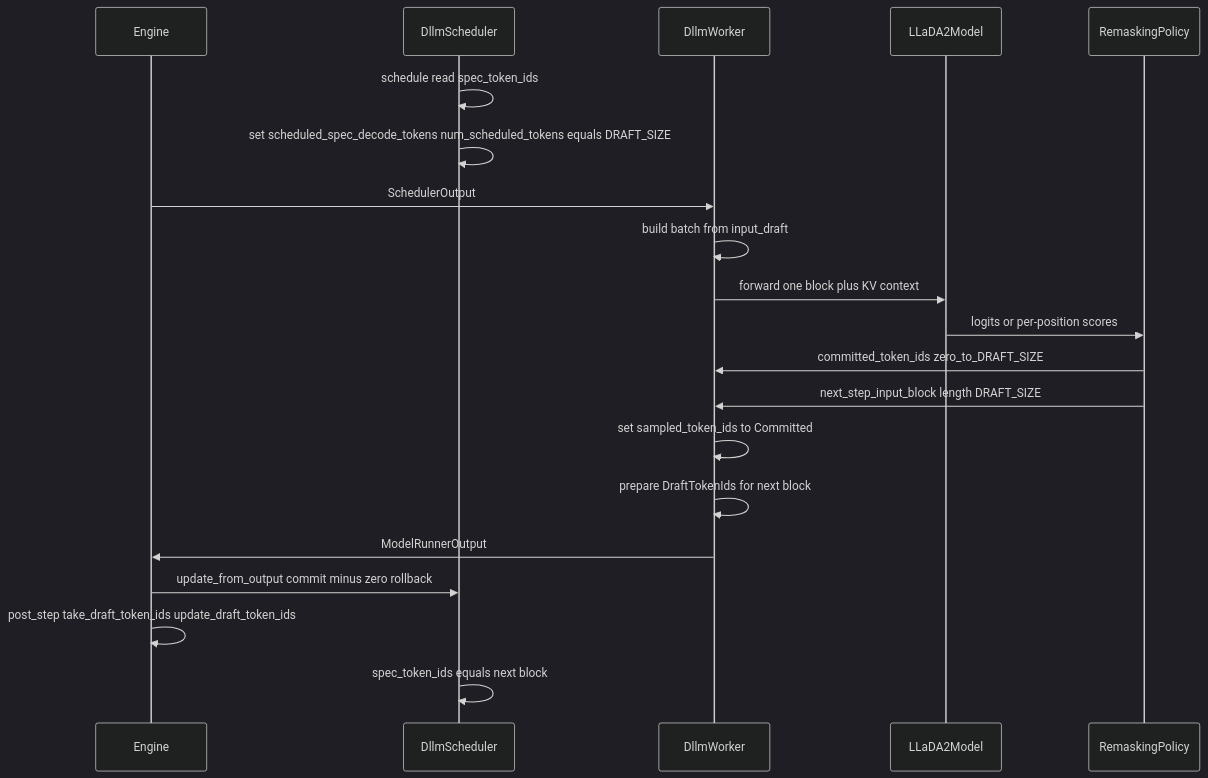
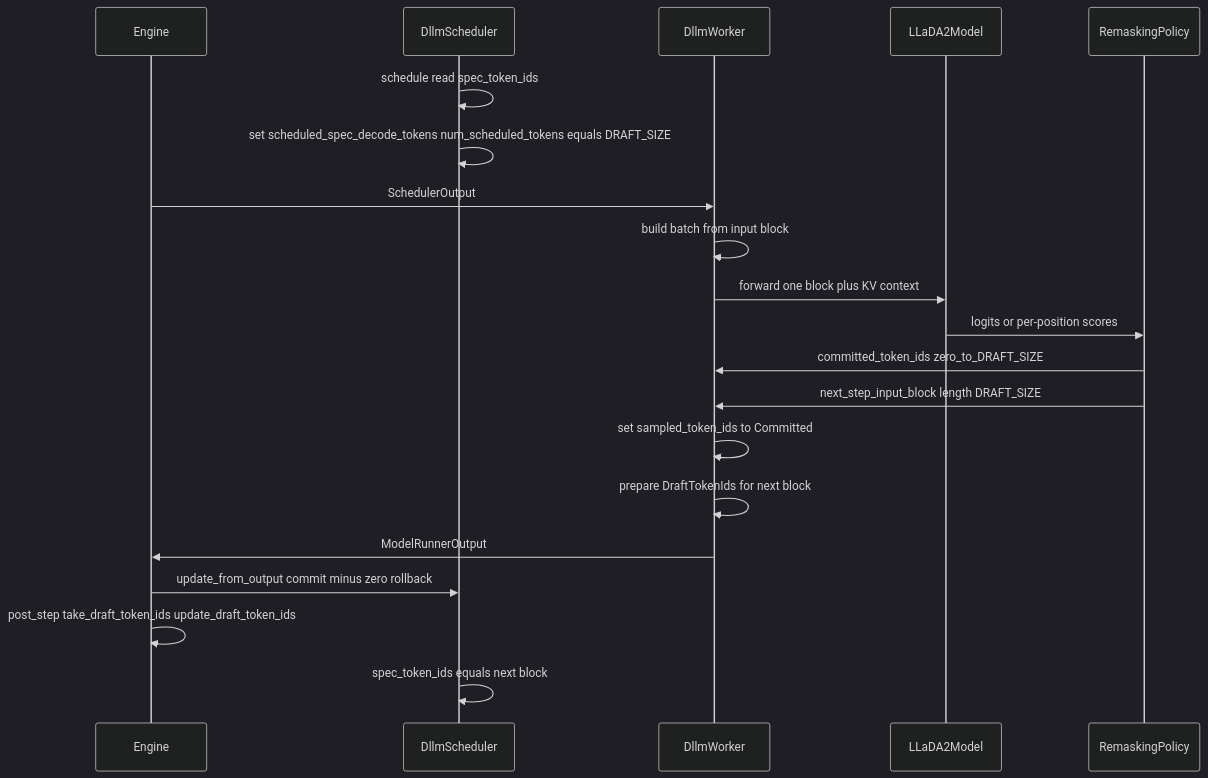
One commit to TomerG711/dllm-plugin changed the third of 4 diagrams in docs/DESIGN_MVP.md. Above: the diagram before and after it, drawn with Mermaid (dark theme). The commit also changed other lines of this file and 42 other files, not shown here.

````diff
--- a/docs/DESIGN_MVP.md
+++ b/docs/DESIGN_MVP.md
@@ -130,23 +121,23 @@
 ```mermaid
 sequenceDiagram
   participant Engine
   participant DllmSched as DllmScheduler
   participant DllmWork as DllmWorker
   participant Model as LLaDA2Model
   participant Remask as RemaskingPolicy
 
   DllmSched->>DllmSched: schedule read spec_token_ids
   DllmSched->>DllmSched: set scheduled_spec_decode_tokens num_scheduled_tokens equals DRAFT_SIZE
   Engine->>DllmWork: SchedulerOutput
-  DllmWork->>DllmWork: build batch from input_draft
+  DllmWork->>DllmWork: build batch from input block
   DllmWork->>Model: forward one block plus KV context
   Model->>Remask: logits or per-position scores
   Remask->>DllmWork: committed_token_ids zero_to_DRAFT_SIZE
   Remask->>DllmWork: next_step_input_block length DRAFT_SIZE
   DllmWork->>DllmWork: set sampled_token_ids to Committed
   DllmWork->>DllmWork: prepare DraftTokenIds for next block
   DllmWork->>Engine: ModelRunnerOutput
   Engine->>DllmSched: update_from_output commit minus zero rollback
   Engine->>Engine: post_step take_draft_token_ids update_draft_token_ids
   DllmSched->>DllmSched: spec_token_ids equals next block
 ```
````
